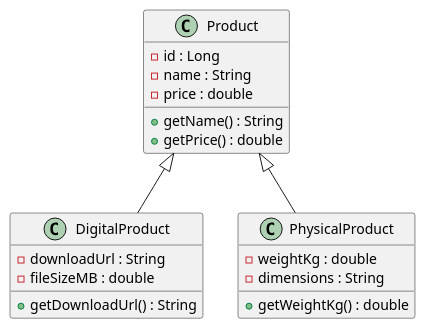
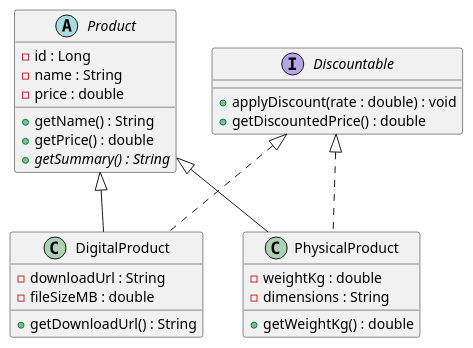
The diagram in docs/uml/product-hierarchy.puml (SamudithaSamarasinghe/products-api1), drawn with PlantUML before and after one commit. The commit also changed 6 other files, not shown here.

Commit message:
Tutorial 5: polymorphism — getSummary override and Discountable interface

```diff
--- a/docs/uml/product-hierarchy.puml
+++ b/docs/uml/product-hierarchy.puml
@@ -1,22 +1,31 @@
 @startuml
-class Product {
+abstract class Product {
  - id : Long
  - name : String
  - price : double
  + getName() : String
  + getPrice() : double
+ + {abstract} getSummary() : String
 }
 class DigitalProduct {
  - downloadUrl : String
  - fileSizeMB : double
  + getDownloadUrl() : String
 }
 class PhysicalProduct {
  - weightKg : double
  - dimensions : String
   + getWeightKg() : double
  }
 
+ interface Discountable {
+   + applyDiscount(rate : double) : void
+   + getDiscountedPrice() : double
+ }
+
  Product <|-- DigitalProduct
  Product <|-- PhysicalProduct
+
+ Discountable <|.. DigitalProduct
+ Discountable <|.. PhysicalProduct
  @enduml
```
